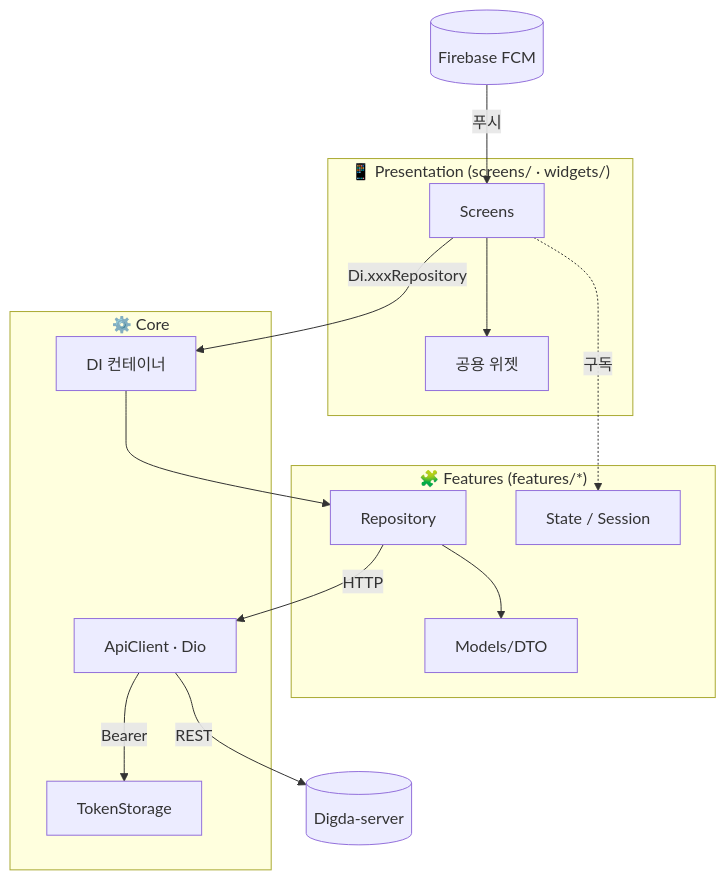
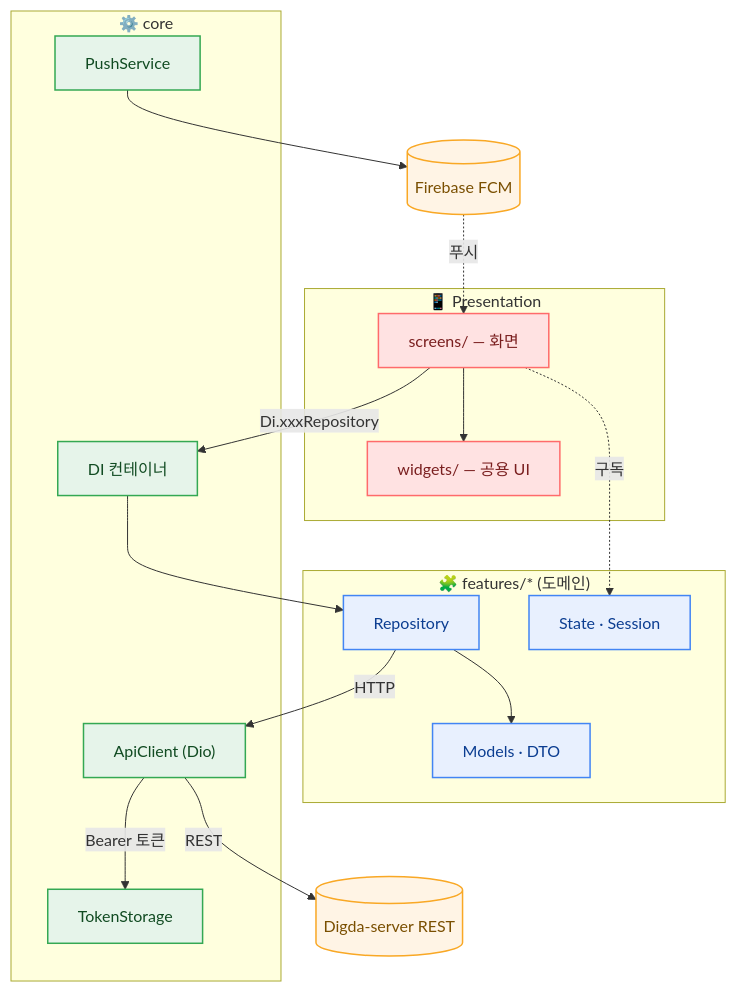
The diagram in README.md (Digpot/Digda-app), drawn with Mermaid before and after one commit. The commit also changed other lines of this file, not shown here.

````diff
--- a/README.md
+++ b/README.md
@@ -87,22 +78,37 @@
 ```mermaid
 flowchart TB
-    subgraph UI["📱 Presentation (screens/ · widgets/)"]
-        SC[Screens] --> WG[공용 위젯]
+    subgraph UI["📱 Presentation"]
+        SCREENS["screens/ — 화면"]
+        WIDGETS["widgets/ — 공용 UI"]
     end
-    subgraph FT["🧩 Features (features/*)"]
-        REPO[Repository] --> MODEL[Models/DTO]
-        STATE[State / Session]
+    subgraph FEAT["🧩 features/* (도메인)"]
+        REPO["Repository"]
+        MODEL["Models · DTO"]
+        STATE["State · Session"]
     end
-    subgraph CORE["⚙️ Core"]
-        DI[DI 컨테이너]
-        API[ApiClient · Dio]
-        TOK[TokenStorage]
+    subgraph CORE["⚙️ core"]
+        DI["DI 컨테이너"]
+        API["ApiClient (Dio)"]
+        TOKEN["TokenStorage"]
+        PUSH["PushService"]
     end
-    SC -->|"Di.xxxRepository"| DI
-    DI --> REPO
-    REPO -->|HTTP| API
-    API -->|Bearer| TOK
-    API -->|REST| SERVER[(Digda-server)]
-    SC -.->|구독| STATE
-    FCM[(Firebase FCM)] -->|푸시| SC
+    SERVER[("Digda-server REST")]
+    FCM[("Firebase FCM")]
+
+    SCREENS --> WIDGETS
+    SCREENS -->|Di.xxxRepository| DI --> REPO --> MODEL
+    SCREENS -.구독.-> STATE
+    REPO -->|HTTP| API -->|Bearer 토큰| TOKEN
+    API -->|REST| SERVER
+    PUSH --> FCM
+    FCM -.푸시.-> SCREENS
+
+    classDef ui fill:#FFE2E2,stroke:#FF6B6B,stroke-width:1.5px,color:#7A1F1F;
+    classDef feat fill:#E8F0FE,stroke:#4285F4,stroke-width:1.5px,color:#0B3D91;
+    classDef core fill:#E6F4EA,stroke:#34A853,stroke-width:1.5px,color:#114B22;
+    classDef ext fill:#FFF4E5,stroke:#F9A825,stroke-width:1.5px,color:#7A4F00;
+    class SCREENS,WIDGETS ui;
+    class REPO,MODEL,STATE feat;
+    class DI,API,TOKEN,PUSH core;
+    class SERVER,FCM ext;
 ```
````
